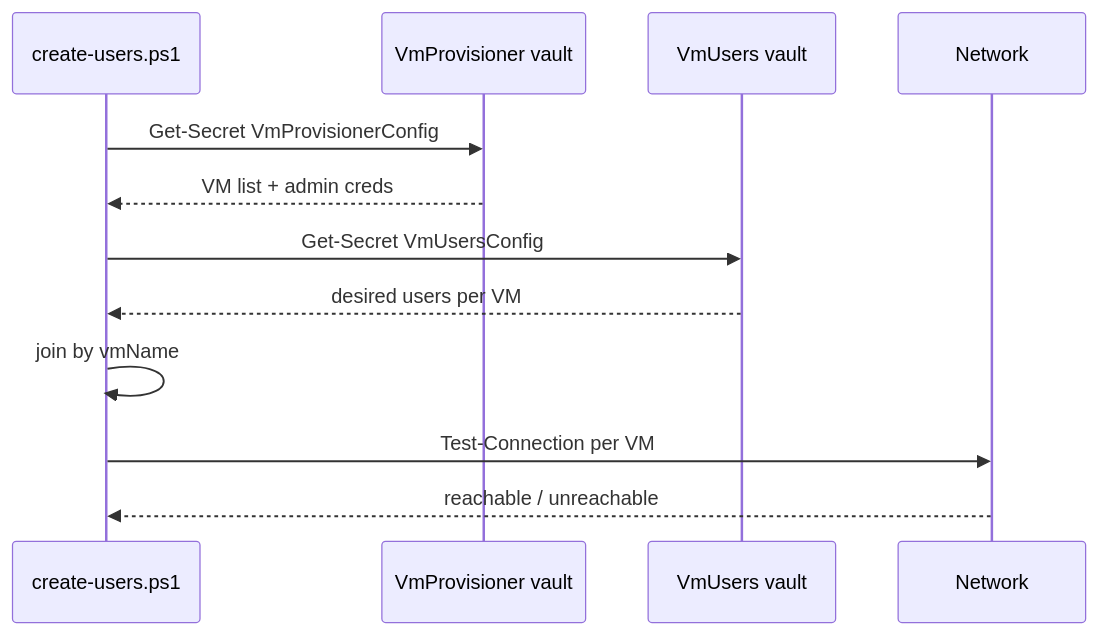
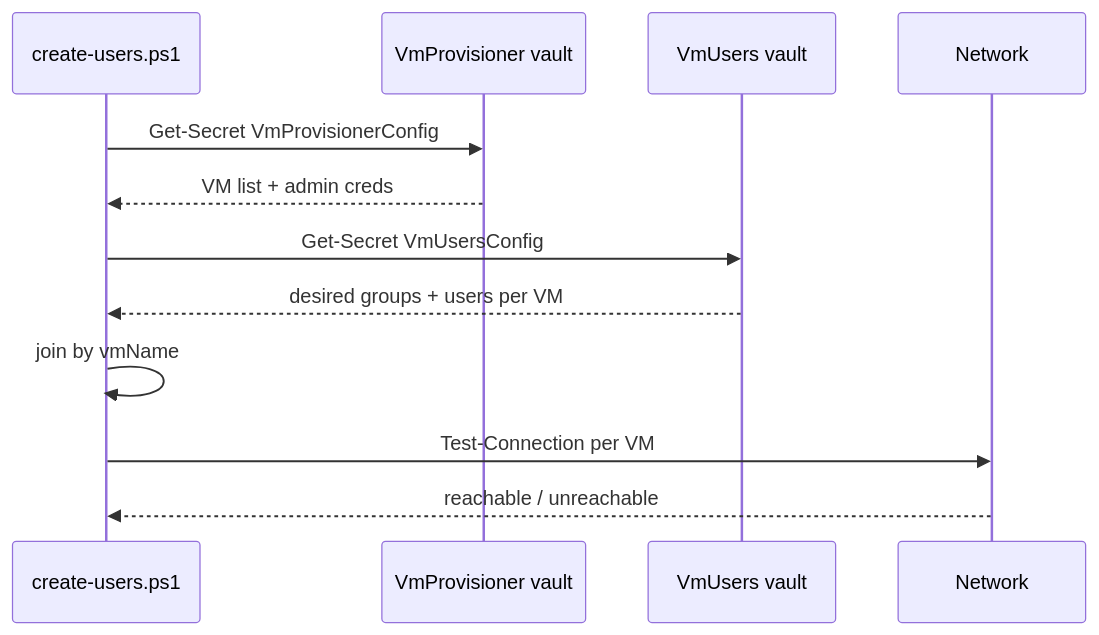
Before and after one commit to Klark-Morrigan/Infrastructure-Vm-Users: the third of 7 diagrams in docs/dev/implementation/01 - initial implementation/plan.md, drawn with Mermaid. The commit also changed other lines of this file, not shown here.

Commit message:
chore: update the plan file with groups

````diff
--- a/docs/dev/implementation/01 - initial implementation/plan.md
+++ b/docs/dev/implementation/01 - initial implementation/plan.md
@@ -110,15 +129,15 @@
 ```mermaid
 sequenceDiagram
     participant P as create-users.ps1
     participant VP as VmProvisioner vault
     participant VU as VmUsers vault
     participant N as Network
 
     P->>VP: Get-Secret VmProvisionerConfig
     VP-->>P: VM list + admin creds
     P->>VU: Get-Secret VmUsersConfig
-    VU-->>P: desired users per VM
+    VU-->>P: desired groups + users per VM
     P->>P: join by vmName
     P->>N: Test-Connection per VM
     N-->>P: reachable / unreachable
 ```
````
